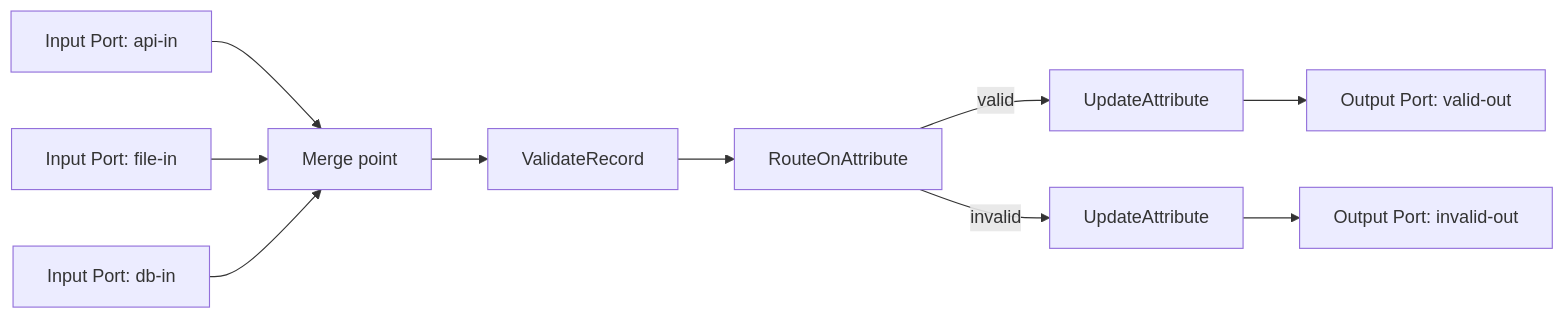
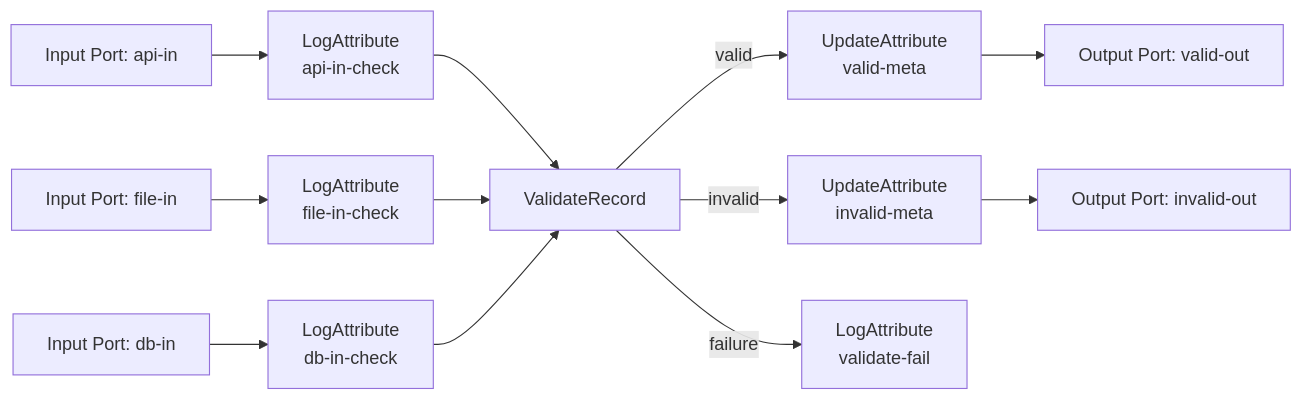
Before and after one commit to roadseeker/study-data-pipeline: the seventh of 8 diagrams in config/nifi/process-group-design.md, drawn with Mermaid. The commit also changed other lines of this file and 1 other file, not shown here.

First line of the commit message:
Week 3 NiFi 가이드와 플로우 표준화 정리

````diff
--- a/config/nifi/process-group-design.md
+++ b/config/nifi/process-group-design.md
@@ -398,12 +414,14 @@
 ```mermaid
 flowchart LR
-    A["Input Port: api-in"] --> M["Merge point"]
-    B["Input Port: file-in"] --> M
-    C["Input Port: db-in"] --> M
-    M --> D["ValidateRecord"]
-    D --> E["RouteOnAttribute"]
-    E -->|valid| F["UpdateAttribute"]
-    E -->|invalid| G["UpdateAttribute"]
-    F --> H["Output Port: valid-out"]
-    G --> I["Output Port: invalid-out"]
+    A["Input Port: api-in"] --> B["LogAttribute<br/>api-in-check"]
+    C["Input Port: file-in"] --> D["LogAttribute<br/>file-in-check"]
+    E["Input Port: db-in"] --> F["LogAttribute<br/>db-in-check"]
+    B --> G["ValidateRecord"]
+    D --> G
+    F --> G
+    G -->|valid| H["UpdateAttribute<br/>valid-meta"]
+    G -->|invalid| I["UpdateAttribute<br/>invalid-meta"]
+    G -->|failure| J["LogAttribute<br/>validate-fail"]
+    H --> K["Output Port: valid-out"]
+    I --> L["Output Port: invalid-out"]
 ```
````
